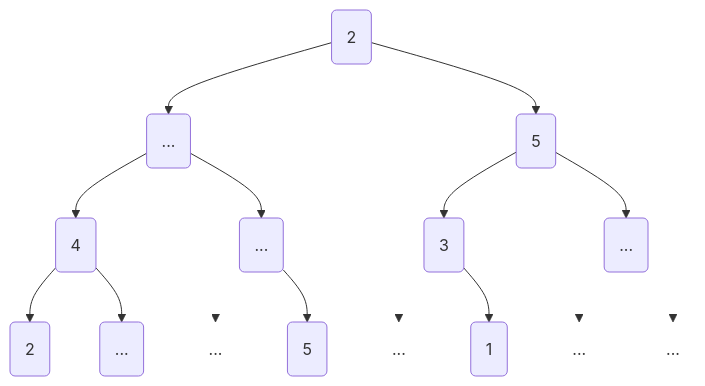
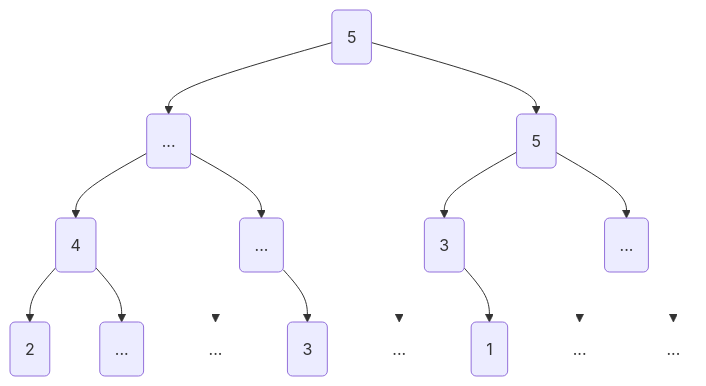
Before and after one commit to nsimeyroneinc/NSITerm2024: the fourth of 6 diagrams in docs/Algo/T5_6_algo_arbre_BAC.md, drawn with Mermaid. The commit also changed other lines of this file, not shown here.

````diff
--- a/docs/Algo/T5_6_algo_arbre_BAC.md
+++ b/docs/Algo/T5_6_algo_arbre_BAC.md
@@ -168,25 +168,25 @@
     ```mermaid
     graph TD  
-        A("2") --> B("...") 
+        A("5") --> B("...") 
         B --> D("4")
         B --> E("...")
         A --> C("5")
         C --> C1("3")
         C --> C2("...")
         D --> D1("2")
         D --> D2("...")
         E --> F("...")
-        E --> E1("5")
+        E --> E1("3")
         linkStyle 8 stroke-width:0px;
         style F opacity:0;
         C1 --> C3("...")
         C1 --> C4("1")
         C2 --> C5("...")
         C2 --> C6("...")
         linkStyle 10 stroke-width:0px;
         style C3 opacity:0;
         linkStyle 12 stroke-width:0px;
         style C5 opacity:0;
         linkStyle 13 stroke-width:0px;
         style C6 opacity:0;
     ```
````
